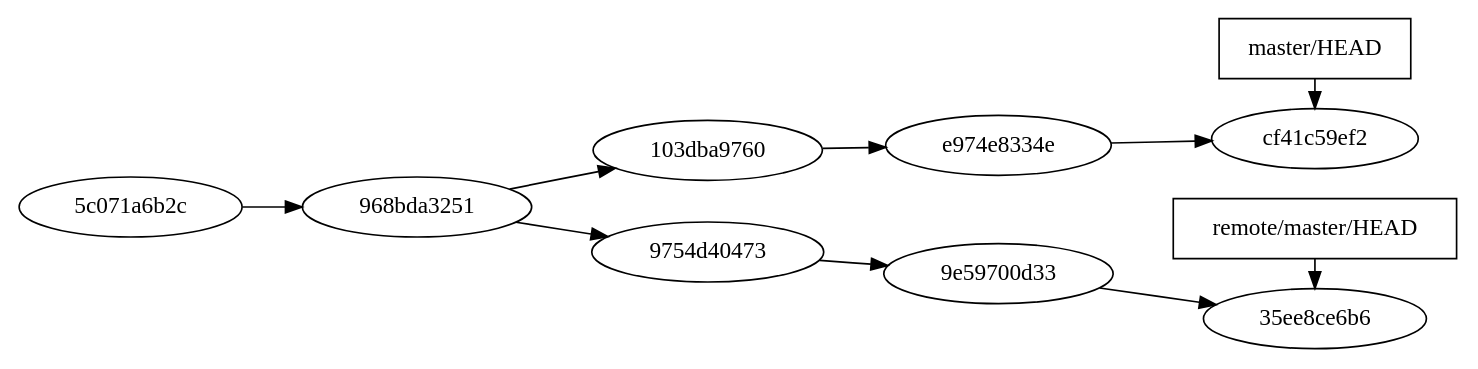
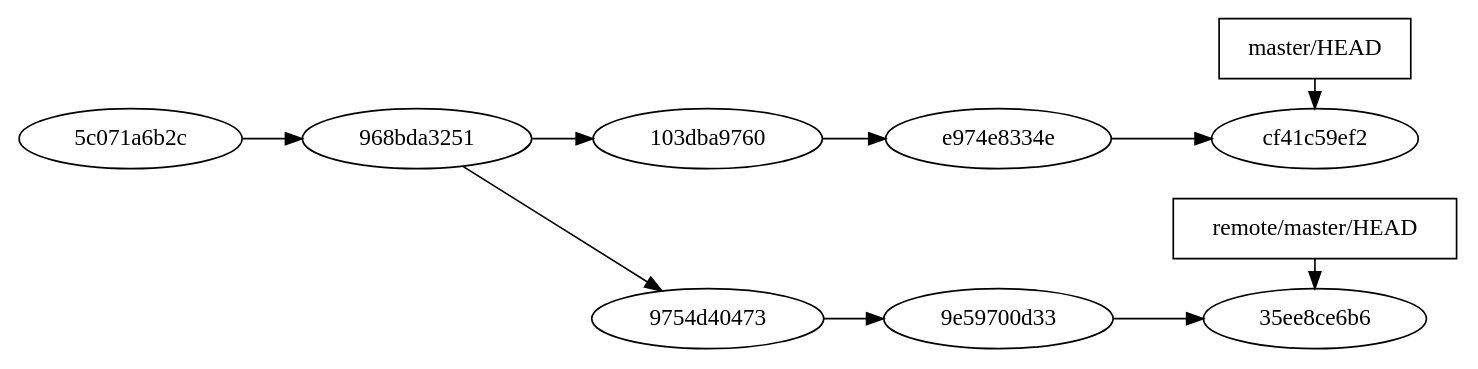
One commit to blackheaven/git-intro-if changed the diagram in diappositives/references/remote.dot. Above: the diagram before and after it, drawn with Graphviz. The commit also changed 23 other files, not shown here.

Commit message:
Renommage et réarrangement des graphes.

```diff
--- a/diappositives/references/remote.dot
+++ b/diappositives/references/remote.dot
@@ -1,15 +1,22 @@
-digraph G
+digraph "Remote"
 {
     rankdir=LR;
-    "5c071a6b2c" -> "968bda3251"                                                 -> "103dba9760" -> "e974e8334e" -> "cf41c59ef2";
-                    "968bda3251" -> "9754d40473" -> "9e59700d33"                                                                 -> "35ee8ce6b6"                ;
+    subgraph master
+    {
+        "5c071a6b2c" -> "968bda3251"-> "103dba9760" -> "e974e8334e" -> "cf41c59ef2";
+    }
+    subgraph branch
+    {
+        "968bda3251" -> "9754d40473" [weight=0];
+        "9754d40473" -> "9e59700d33" -> "35ee8ce6b6";
+    }
     subgraph c1
     {
         rankdir=LR;
         rank="same";
         "remote/master/HEAD" [shape=box];
         "remote/master/HEAD" -> "35ee8ce6b6";
         "master/HEAD" [shape=box];
         "master/HEAD" -> "cf41c59ef2";
     }
 }
```
